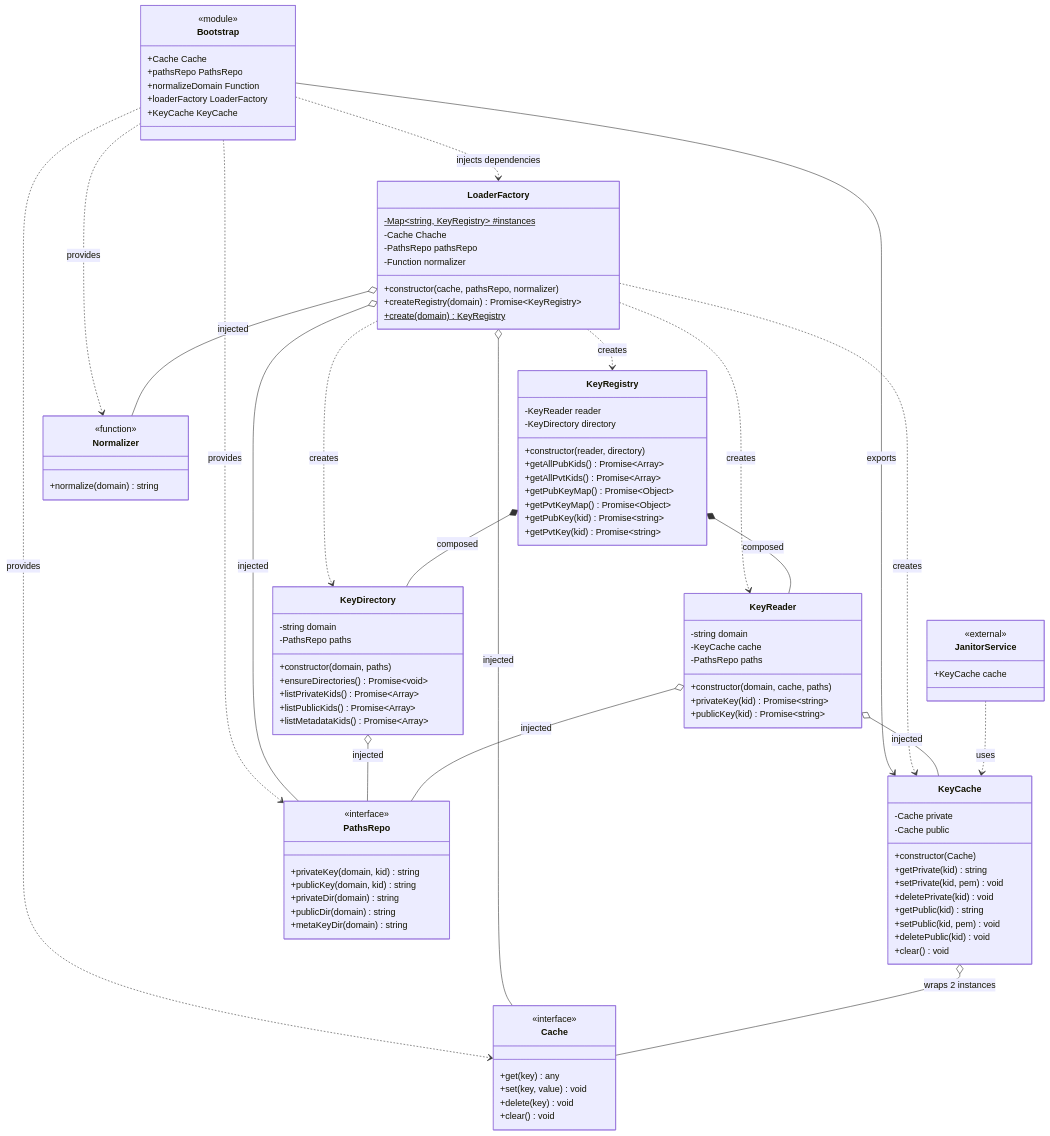
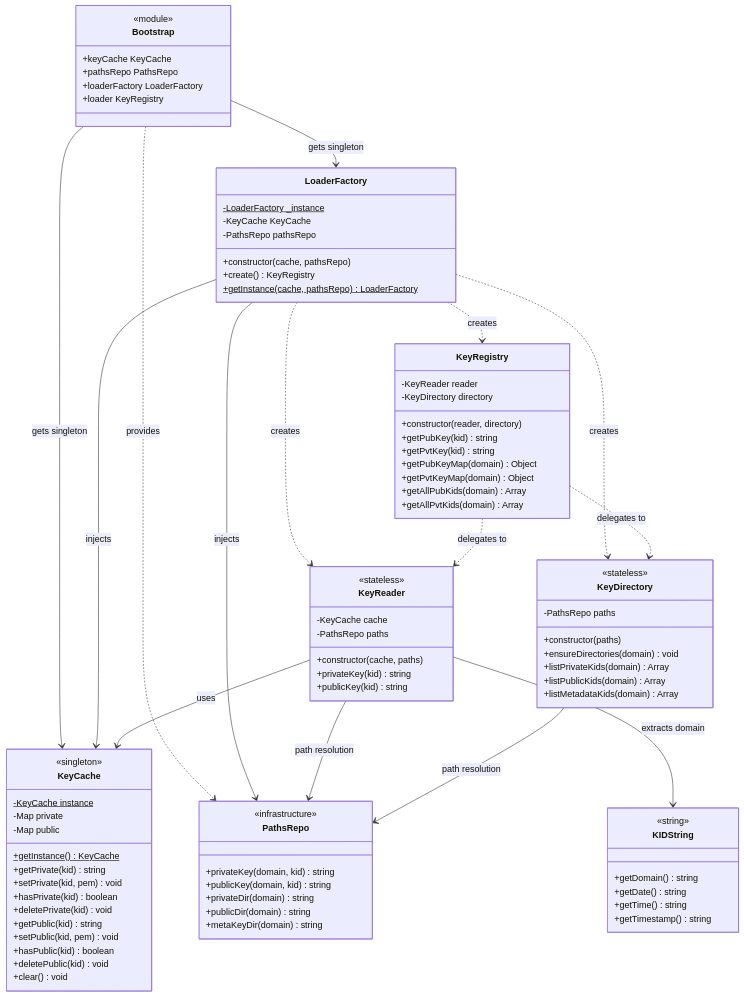
Before and after one commit to itsGurdevSingh/vault: the second of 7 diagrams in docs/generated/domain/key-manager/loader/structure.md, drawn with Mermaid. The commit also changed other lines of this file and 8 other files, not shown here.

````diff
--- a/docs/generated/domain/key-manager/loader/structure.md
+++ b/docs/generated/domain/key-manager/loader/structure.md
@@ -186,83 +193,78 @@
 ```mermaid
 classDiagram
-    %% Entry Point / Bootstrap
+    %% Entry Point
     class Bootstrap {
         <<module>>
-        +Cache Cache
+        +keyCache KeyCache
         +pathsRepo PathsRepo
-        +normalizeDomain Function
         +loaderFactory LoaderFactory
-        +KeyCache KeyCache
+        +loader KeyRegistry
     }
 
-    %% Factory (Singleton)
+    %% Factory
     class LoaderFactory {
-        -Map~string, KeyRegistry~ #instances$
-        -Cache Chache
+        -LoaderFactory _instance$
+        -KeyCache KeyCache
         -PathsRepo pathsRepo
-        -Function normalizer
-        +constructor(cache, pathsRepo, normalizer)
-        +createRegistry(domain) Promise~KeyRegistry~
-        +create(domain)$ KeyRegistry
+        +constructor(cache, pathsRepo)
+        +create() KeyRegistry
+        +getInstance(cache, pathsRepo)$ LoaderFactory
     }
 
-    %% Aggregate Root
+    %% Domain - Aggregate Root
     class KeyRegistry {
         -KeyReader reader
         -KeyDirectory directory
         +constructor(reader, directory)
-        +getAllPubKids() Promise~Array~
-        +getAllPvtKids() Promise~Array~
-        +getPubKeyMap() Promise~Object~
-        +getPvtKeyMap() Promise~Object~
-        +getPubKey(kid) Promise~string~
-        +getPvtKey(kid) Promise~string~
+        +getPubKey(kid) string
+        +getPvtKey(kid) string
+        +getPubKeyMap(domain) Object
+        +getPvtKeyMap(domain) Object
+        +getAllPubKids(domain) Array
+        +getAllPvtKids(domain) Array
     }
 
-    %% Domain Services
+    %% Domain - Services
     class KeyReader {
-        -string domain
+        <<stateless>>
         -KeyCache cache
         -PathsRepo paths
-        +constructor(domain, cache, paths)
-        +privateKey(kid) Promise~string~
-        +publicKey(kid) Promise~string~
+        +constructor(cache, paths)
+        +privateKey(kid) string
+        +publicKey(kid) string
     }
 
     class KeyDirectory {
-        -string domain
+        <<stateless>>
         -PathsRepo paths
-        +constructor(domain, paths)
-        +ensureDirectories() Promise~void~
-        +listPrivateKids() Promise~Array~
-        +listPublicKids() Promise~Array~
-        +listMetadataKids() Promise~Array~
+        +constructor(paths)
+        +ensureDirectories(domain) void
+        +listPrivateKids(domain) Array
+        +listPublicKids(domain) Array
+        +listMetadataKids(domain) Array
     }
 
+    %% Utilities
     class KeyCache {
-        -Cache private
-        -Cache public
-        +constructor(Cache)
+        <<singleton>>
+        -KeyCache instance$
+        -Map private
+        -Map public
+        +getInstance()$ KeyCache
         +getPrivate(kid) string
         +setPrivate(kid, pem) void
+        +hasPrivate(kid) boolean
         +deletePrivate(kid) void
         +getPublic(kid) string
         +setPublic(kid, pem) void
+        +hasPublic(kid) boolean
         +deletePublic(kid) void
         +clear() void
     }
 
-    %% Infrastructure Abstractions
-    class Cache {
-        <<interface>>
-        +get(key) any
-        +set(key, value) void
-        +delete(key) void
-        +clear() void
-    }
-
+    %% Infrastructure
     class PathsRepo {
-        <<interface>>
+        <<infrastructure>>
         +privateKey(domain, kid) string
         +publicKey(domain, kid) string
         +privateDir(domain) string
@@ -270,51 +272,40 @@
         +metaKeyDir(domain) string
     }
 
-    class Normalizer {
-        <<function>>
-        +normalize(domain) string
+    class KIDString {
+        <<string>>
+        +getDomain() string
+        +getDate() string
+        +getTime() string
+        +getTimestamp() string
     }
 
-    %% External Service
-    class JanitorService {
-        <<external>>
-        +KeyCache cache
-    }
+    %% Relationships - Bootstrap Layer
+    Bootstrap --> KeyCache : gets singleton
+    Bootstrap --> LoaderFactory : gets singleton
+    Bootstrap ..> PathsRepo : provides
 
-    %% Relationships - Dependency Injection
-    Bootstrap ..> LoaderFactory : injects dependencies
-    Bootstrap ..> Cache : provides
-    Bootstrap ..> PathsRepo : provides
-    Bootstrap ..> Normalizer : provides
-    Bootstrap --> KeyCache : exports
-
-    %% Factory creates domain objects
+    %% Relationships - Factory Layer (creates and wires)
     LoaderFactory ..> KeyRegistry : creates
     LoaderFactory ..> KeyReader : creates
     LoaderFactory ..> KeyDirectory : creates
-    LoaderFactory ..> KeyCache : creates
-    LoaderFactory o-- Cache : injected
-    LoaderFactory o-- PathsRepo : injected
-    LoaderFactory o-- Normalizer : injected
+    LoaderFactory --> KeyCache : injects
+    LoaderFactory --> PathsRepo : injects
 
-    %% Registry aggregates
-    KeyRegistry *-- KeyReader : composed
-    KeyRegistry *-- KeyDirectory : composed
+    %% Relationships - Registry Layer (delegates)
+    KeyRegistry ..> KeyReader : delegates to
+    KeyRegistry ..> KeyDirectory : delegates to
 
-    %% Domain dependencies on infrastructure
-    KeyReader o-- KeyCache : injected
-    KeyDirectory o-- PathsRepo : injected
-    KeyReader o-- PathsRepo : injected
+    %% Relationships - Service Layer (uses dependencies)
+    KeyReader --> KeyCache : uses
+    KeyReader --> PathsRepo : path resolution
+    KeyReader --> KIDString : extracts domain
 
-    %% Cache wraps low-level cache
-    KeyCache o-- Cache : wraps 2 instances
-
-    %% External integration
-    JanitorService ..> KeyCache : uses
+    KeyDirectory --> PathsRepo : path resolution
 
     %% Styling
     classDef factory fill:#fff3e0,stroke:#e65100,stroke-width:3px
     classDef domain fill:#e3f2fd,stroke:#1565c0,stroke-width:2px
+    classDef util fill:#fff9c4,stroke:#f57f17,stroke-width:2px
     classDef infra fill:#f1f8e9,stroke:#558b2f,stroke-width:2px
-    classDef external fill:#ffebee,stroke:#c62828,stroke-width:2px
 ```
````
